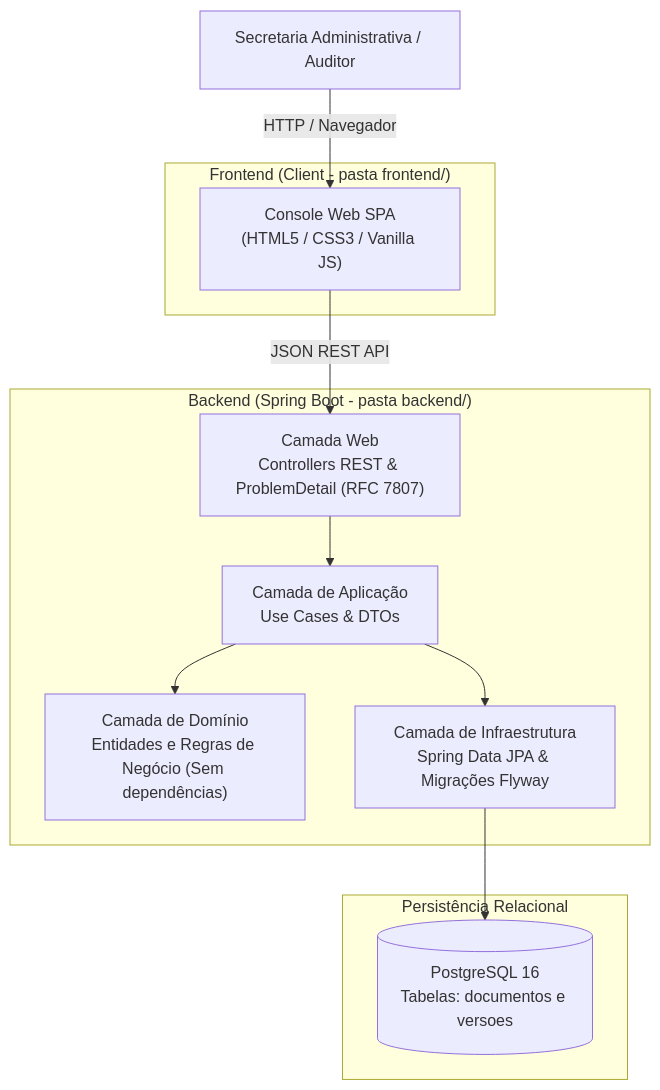
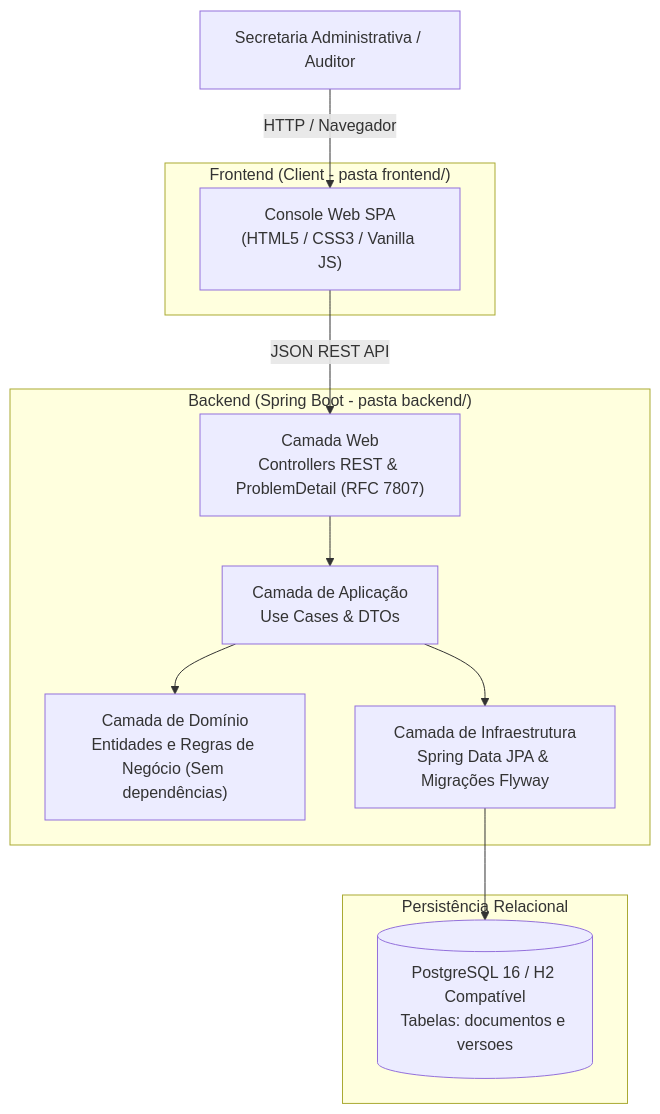
The diagram in README.md (gixweb/ONG-Arquivo-Digital), drawn with Mermaid before and after one commit. The commit also changed other lines of this file and 4 other files, not shown here.

````diff
--- a/README.md
+++ b/README.md
@@ -49,26 +49,26 @@
 ```mermaid
 flowchart TD
     User["Secretaria Administrativa / Auditor"]
     
     subgraph FrontendApp ["Frontend (Client - pasta frontend/)"]
         SPA["Console Web SPA\n(HTML5 / CSS3 / Vanilla JS)"]
     end
     
     subgraph BackendApp ["Backend (Spring Boot - pasta backend/)"]
         WebLayer["Camada Web\nControllers REST & ProblemDetail (RFC 7807)"]
         AppLayer["Camada de Aplicação\nUse Cases & DTOs"]
         DomainLayer["Camada de Domínio\nEntidades e Regras de Negócio (Sem dependências)"]
         InfraLayer["Camada de Infraestrutura\nSpring Data JPA & Migrações Flyway"]
     end
     
     subgraph Database ["Persistência Relacional"]
-        Postgres[("PostgreSQL 16\nTabelas: documentos e versoes")]
+        Postgres[("PostgreSQL 16 / H2 Compatível\nTabelas: documentos e versoes")]
     end
     
     User -->|HTTP / Navegador| SPA
     SPA -->|JSON REST API| WebLayer
     WebLayer --> AppLayer
     AppLayer --> DomainLayer
     AppLayer --> InfraLayer
     InfraLayer --> Postgres
 ```
````
